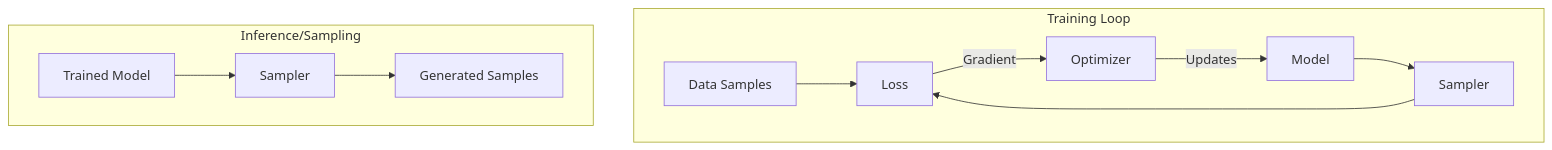
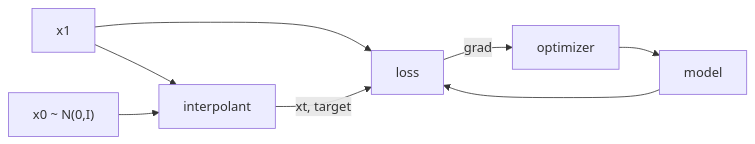
One commit to soran-ghaderi/torchebm changed the first of 3 diagrams in docs/developer_guide/architecture.md. Above: the diagram before and after it, drawn with Mermaid. The commit also changed other lines of this file and 6 other files, not shown here.

````diff
--- a/docs/developer_guide/architecture.md
+++ b/docs/developer_guide/architecture.md
@@ -75,15 +52,10 @@
-```mermaid
-graph TD
-    subgraph "Training Loop"
-        Data[Data Samples] --> Loss
-        Model --> Sampler
-        Sampler --> Loss
-        Loss -- Gradient --> Optimizer
-        Optimizer -- Updates --> Model
-    end
-
-    subgraph "Inference/Sampling"
-        Trained_Model[Trained Model] --> Inference_Sampler[Sampler]
-        Inference_Sampler --> Generated_Samples[Generated Samples]
-    end
-```
+    ```mermaid
+    graph LR
+        data[x1] --> loss
+        noise["x0 ~ N(0,I)"] --> interp[interpolant]
+        data --> interp
+        interp -- xt, target --> loss
+        model --> loss
+        loss -- grad --> opt[optimizer]
+        opt --> model
+    ```
````
